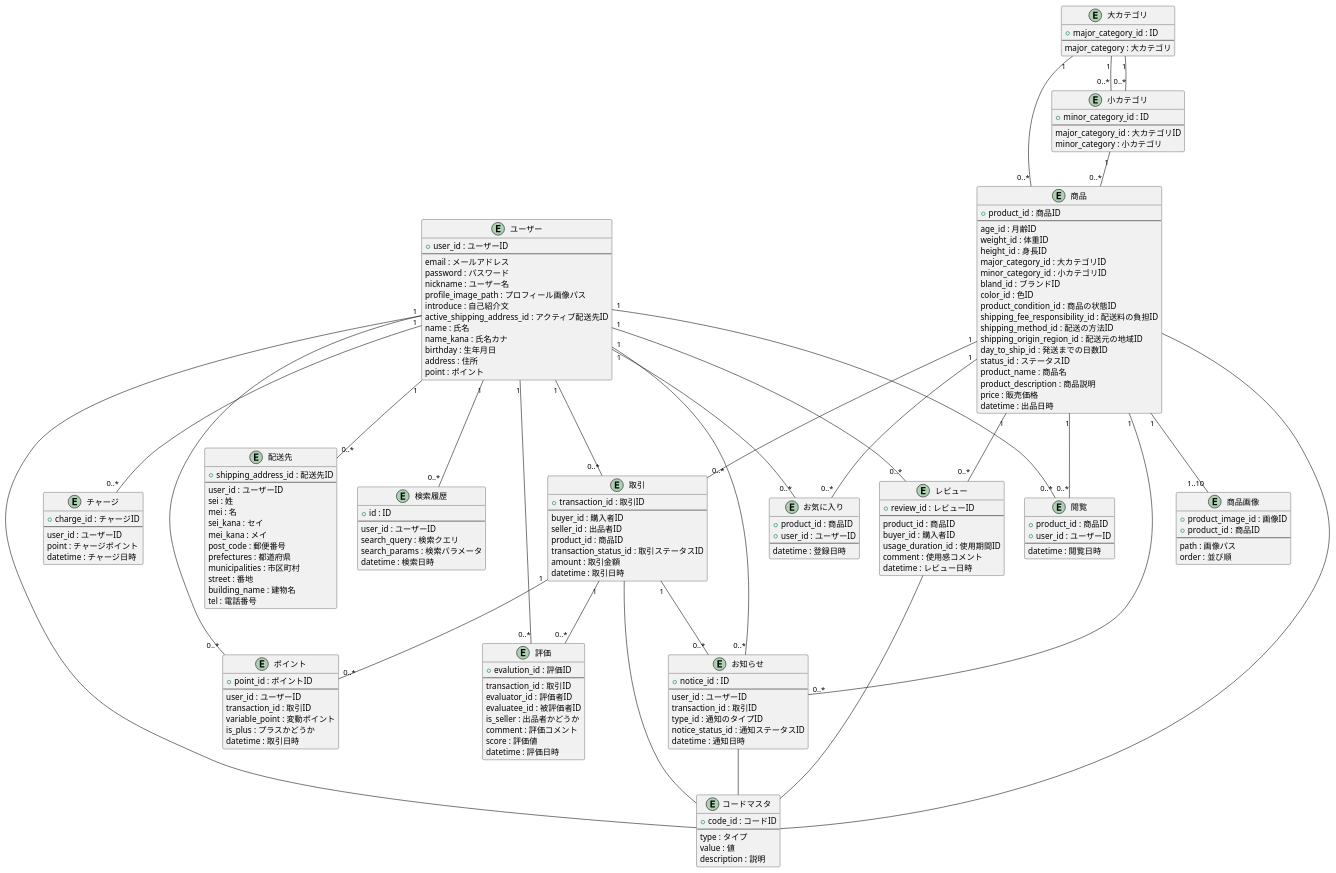
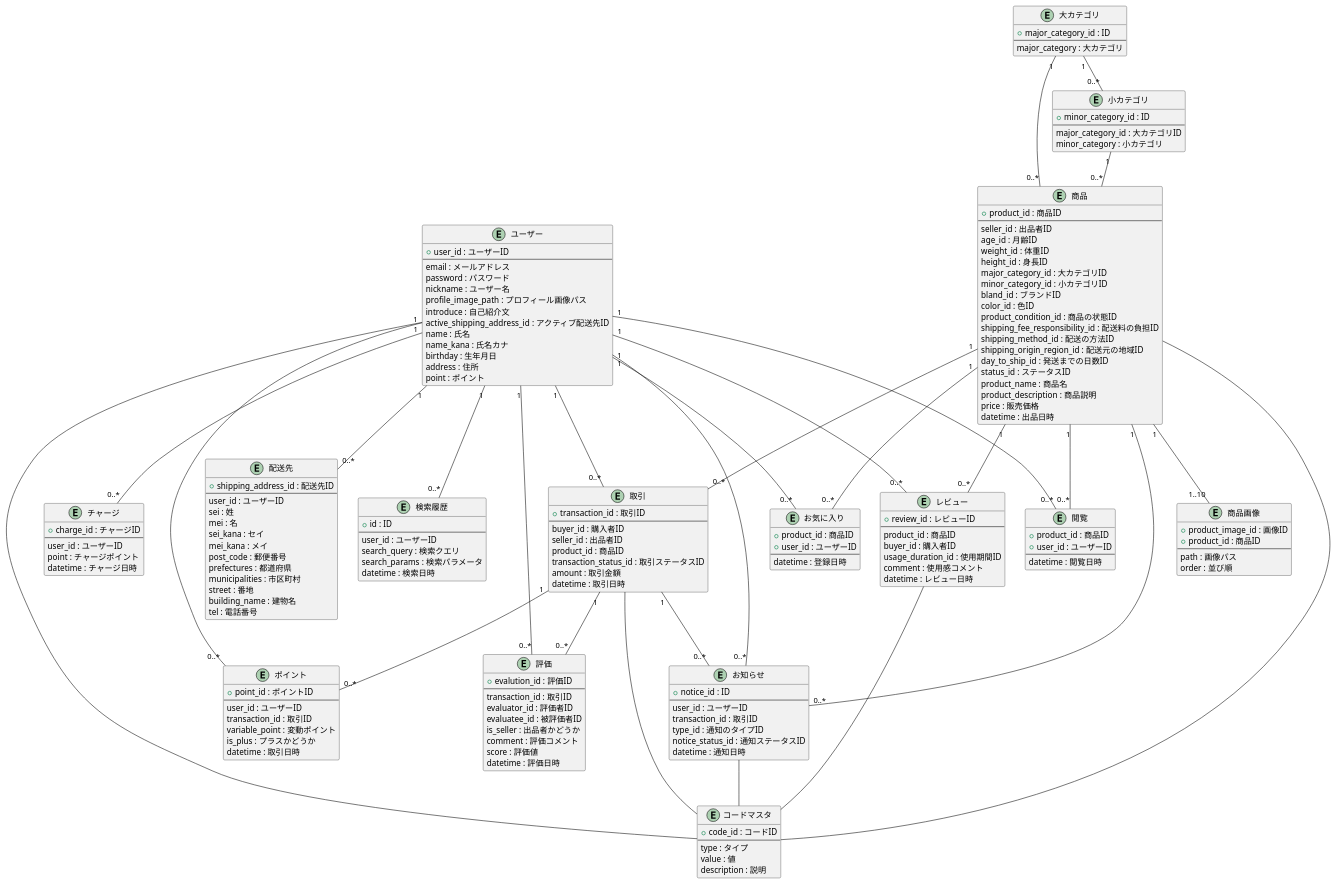
Before and after one commit to togask/baby-motsu: the diagram in ER.pu, drawn with PlantUML. The commit also changed 1 other file, not shown here.

Commit message:
seller_idの漏れ追加

```diff
--- a/ER.pu
+++ b/ER.pu
@@ -1,198 +1,198 @@
 @startuml
 
 entity "ユーザー" as user {
   + user_id : ユーザーID
   --
   email : メールアドレス
   password : パスワード
   nickname : ユーザー名
   profile_image_path : プロフィール画像パス
   introduce : 自己紹介文
   active_shipping_address_id : アクティブ配送先ID
   name : 氏名
   name_kana : 氏名カナ
   birthday : 生年月日
   address : 住所
   point : ポイント
 }
 
 entity "配送先" as shipping_address {
   + shipping_address_id : 配送先ID
   --
   user_id : ユーザーID
   sei : 姓
   mei : 名
   sei_kana : セイ
   mei_kana : メイ
   post_code : 郵便番号
   prefectures : 都道府県
   municipalities : 市区町村
   street : 番地
   building_name : 建物名
   tel : 電話番号
 }
 
 entity "検索履歴" as search_history {
   + id : ID
   --
   user_id : ユーザーID
   search_query : 検索クエリ
   search_params : 検索パラメータ
   datetime : 検索日時
 }
 
 entity "取引" as transaction {
   + transaction_id : 取引ID
   --
   buyer_id : 購入者ID
   seller_id : 出品者ID
   product_id : 商品ID
   transaction_status_id : 取引ステータスID
   amount : 取引金額
   datetime : 取引日時
 }
 
 entity "ポイント" as point {
   + point_id : ポイントID
   --
   user_id : ユーザーID
   transaction_id : 取引ID
   variable_point : 変動ポイント
   is_plus : プラスかどうか
   datetime : 取引日時
 }
 
 entity "お気に入り" as favorite {
   + product_id : 商品ID
   + user_id : ユーザーID
   --
   datetime : 登録日時
 }
 
 entity "閲覧" as productviews {
   + product_id : 商品ID
   + user_id : ユーザーID
   --
   datetime : 閲覧日時
 }
 
 entity "チャージ" as charge {
   + charge_id : チャージID
   --
   user_id : ユーザーID
   point : チャージポイント
   datetime : チャージ日時
 }
 
 entity "レビュー" as review {
   + review_id : レビューID
   --
   product_id : 商品ID
   buyer_id : 購入者ID
   usage_duration_id : 使用期間ID
   comment : 使用感コメント
   datetime : レビュー日時
 }
 
 entity "商品" as product {
   + product_id : 商品ID
   --
+  seller_id : 出品者ID
   age_id : 月齢ID
   weight_id : 体重ID
   height_id : 身長ID
   major_category_id : 大カテゴリID
   minor_category_id : 小カテゴリID
   bland_id : ブランドID
   color_id : 色ID
   product_condition_id : 商品の状態ID
   shipping_fee_responsibility_id : 配送料の負担ID
   shipping_method_id : 配送の方法ID
   shipping_origin_region_id : 配送元の地域ID
   day_to_ship_id : 発送までの日数ID
   status_id : ステータスID
   product_name : 商品名
   product_description : 商品説明
   price : 販売価格
   datetime : 出品日時
 }
 
 entity "商品画像" as product_image {
   + product_image_id : 画像ID
   + product_id : 商品ID
   --
   path : 画像パス
   order : 並び順
 }
 
 entity "評価" as evaluation {
   + evalution_id : 評価ID
   --
   transaction_id : 取引ID
   evaluator_id : 評価者ID
   evaluatee_id : 被評価者ID
   is_seller : 出品者かどうか
   comment : 評価コメント
   score : 評価値
   datetime : 評価日時
 }
 
 entity "お知らせ" as notice {
   + notice_id : ID
   --
   user_id : ユーザーID
   transaction_id : 取引ID
   type_id : 通知のタイプID
   notice_status_id : 通知ステータスID
   datetime : 通知日時
 }
 
 entity "大カテゴリ" as major_category {
   + major_category_id : ID
   --
   major_category : 大カテゴリ
 }
 
 entity "小カテゴリ" as minor_category {
   + minor_category_id : ID
   --
   major_category_id : 大カテゴリID
   minor_category : 小カテゴリ
 }
 
 entity "コードマスタ" as code_master {
   + code_id : コードID
   --
   type : タイプ
   value : 値
   description : 説明
 }
 
 user "1" -- "0..*" shipping_address
 user "1" -- "0..*" transaction
 product "1" -- "0..*" transaction
 product "1" -- "1..10" product_image
 user "1" -- "0..*" search_history
 user "1" -- "0..*" point
 transaction "1" -- "0..*" point
 product "1" -- "0..*" favorite
 user "1" -- "0..*" favorite
 product "1" -- "0..*" productviews
 user "1" -- "0..*" productviews
 user "1" -- "0..*" charge
 product "1" -- "0..*" review
 user "1" -- "0..*" review
 major_category "1" -- "0..*" product
 minor_category "1" -- "0..*" product
 transaction "1" -- "0..*" evaluation
 user "1" -- "0..*" evaluation
 major_category "1" -- "0..*" minor_category
 user "1" -- "0..*" notice
 transaction "1" -- "0..*" notice
 product "1" -- "0..*" notice
-major_category "1" -- "0..*" minor_category
 product -- code_master
 user -- code_master
 transaction -- code_master
 review -- code_master
 notice -- code_master
 @enduml
```
